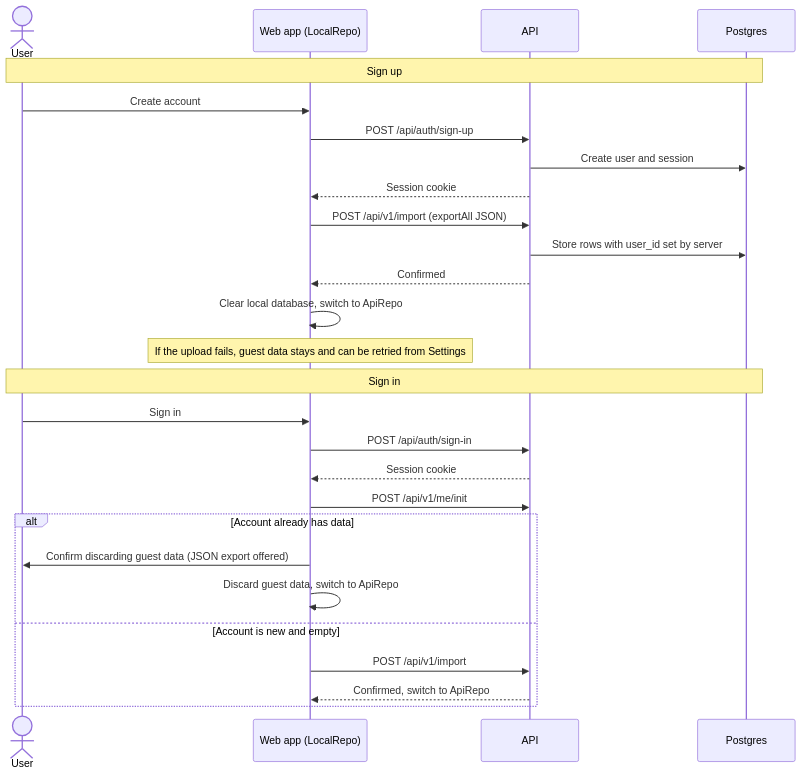
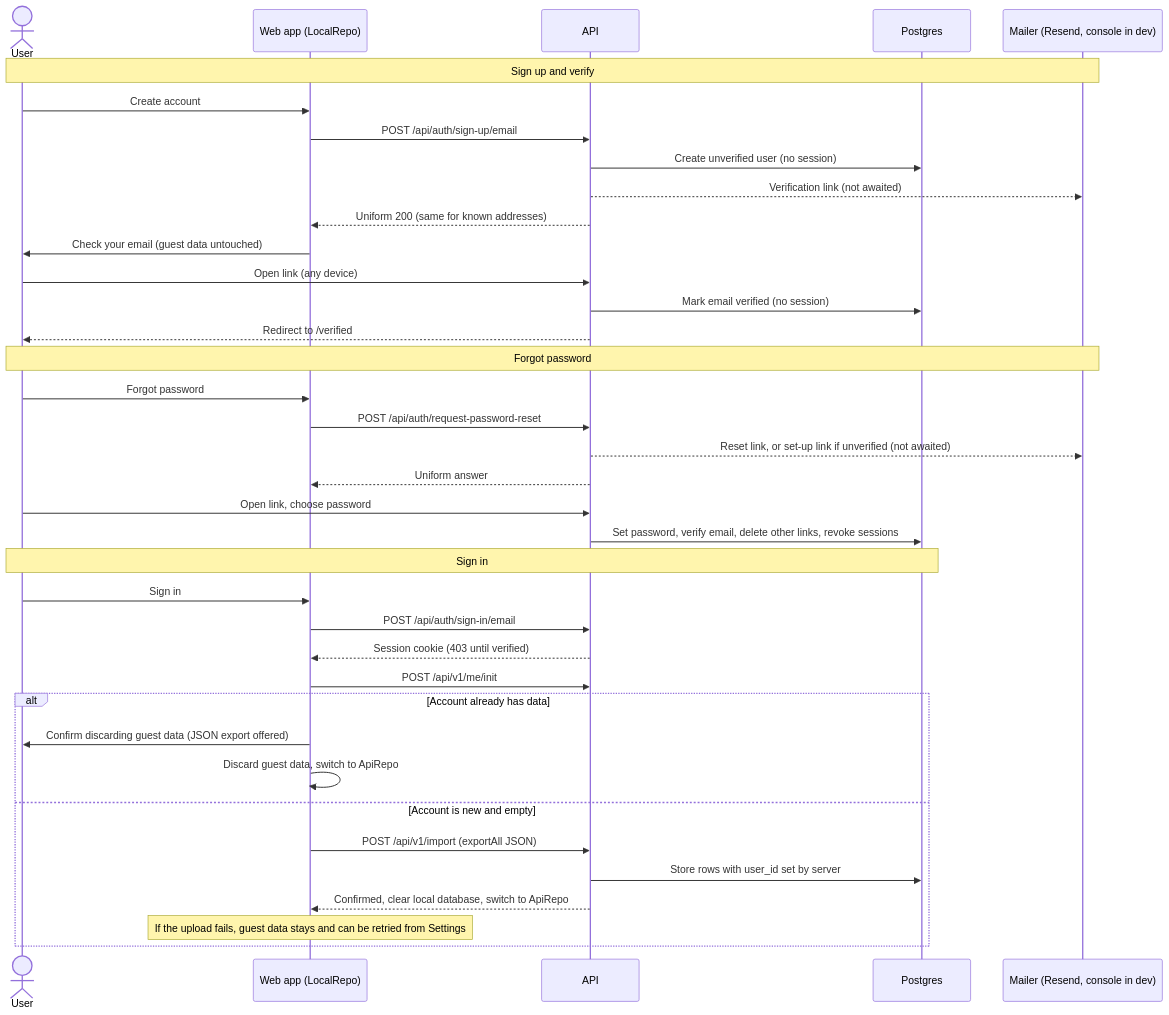
One commit to the3venthoriz0n/workout-tracker changed the fourth of 4 diagrams in docs/architecture.md. Above: the diagram before and after it, drawn with Mermaid. The commit also changed other lines of this file and 7 other files, not shown here.

````diff
--- a/docs/architecture.md
+++ b/docs/architecture.md
@@ -61,29 +63,39 @@
 ```mermaid
 sequenceDiagram
   actor U as User
   participant W as Web app (LocalRepo)
   participant A as API
   participant D as Postgres
-  Note over U,D: Sign up
+  participant M as Mailer (Resend, console in dev)
+  Note over U,M: Sign up and verify
   U->>W: Create account
-  W->>A: POST /api/auth/sign-up
-  A->>D: Create user and session
-  A-->>W: Session cookie
-  W->>A: POST /api/v1/import (exportAll JSON)
-  A->>D: Store rows with user_id set by server
-  A-->>W: Confirmed
-  W->>W: Clear local database, switch to ApiRepo
-  Note over W: If the upload fails, guest data stays and can be retried from Settings
+  W->>A: POST /api/auth/sign-up/email
+  A->>D: Create unverified user (no session)
+  A-->>M: Verification link (not awaited)
+  A-->>W: Uniform 200 (same for known addresses)
+  W->>U: Check your email (guest data untouched)
+  U->>A: Open link (any device)
+  A->>D: Mark email verified (no session)
+  A-->>U: Redirect to /verified
+  Note over U,M: Forgot password
+  U->>W: Forgot password
+  W->>A: POST /api/auth/request-password-reset
+  A-->>M: Reset link, or set-up link if unverified (not awaited)
+  A-->>W: Uniform answer
+  U->>A: Open link, choose password
+  A->>D: Set password, verify email, delete other links, revoke sessions
   Note over U,D: Sign in
   U->>W: Sign in
-  W->>A: POST /api/auth/sign-in
-  A-->>W: Session cookie
+  W->>A: POST /api/auth/sign-in/email
+  A-->>W: Session cookie (403 until verified)
   W->>A: POST /api/v1/me/init
   alt Account already has data
     W->>U: Confirm discarding guest data (JSON export offered)
     W->>W: Discard guest data, switch to ApiRepo
   else Account is new and empty
-    W->>A: POST /api/v1/import
-    A-->>W: Confirmed, switch to ApiRepo
+    W->>A: POST /api/v1/import (exportAll JSON)
+    A->>D: Store rows with user_id set by server
+    A-->>W: Confirmed, clear local database, switch to ApiRepo
+    Note over W: If the upload fails, guest data stays and can be retried from Settings
   end
 ```
````
